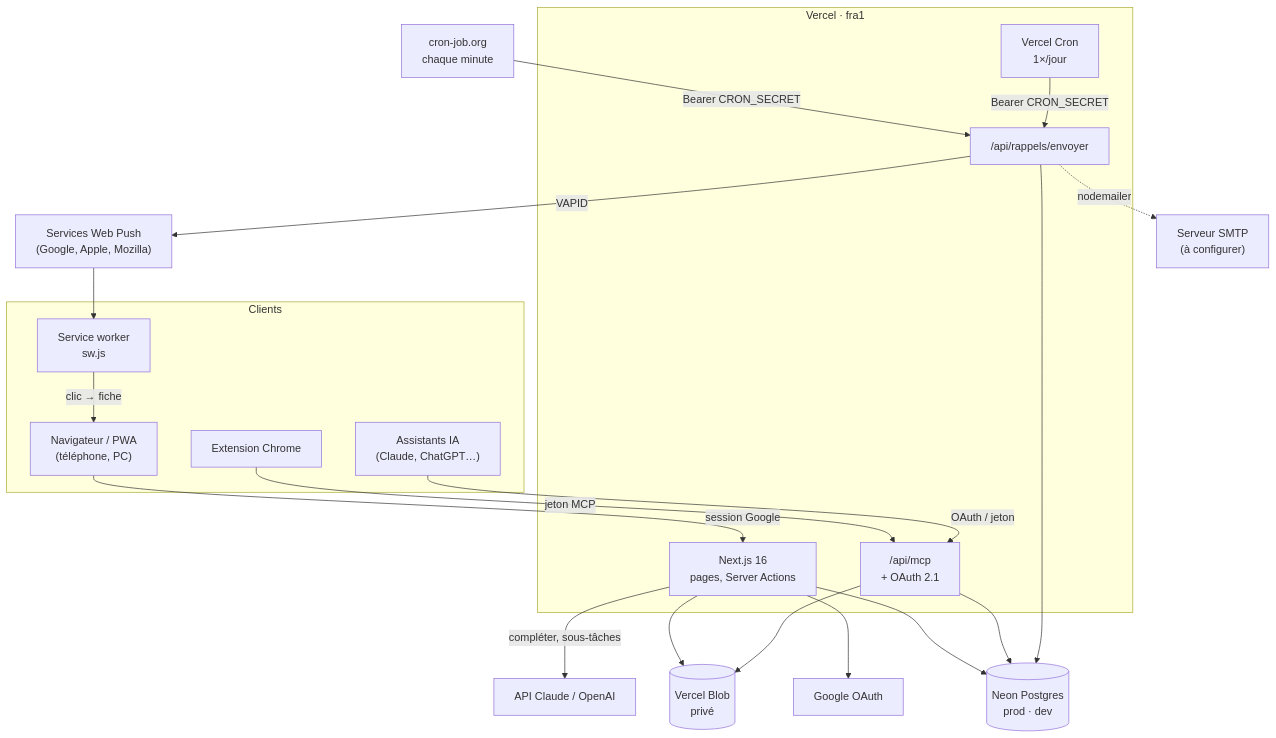
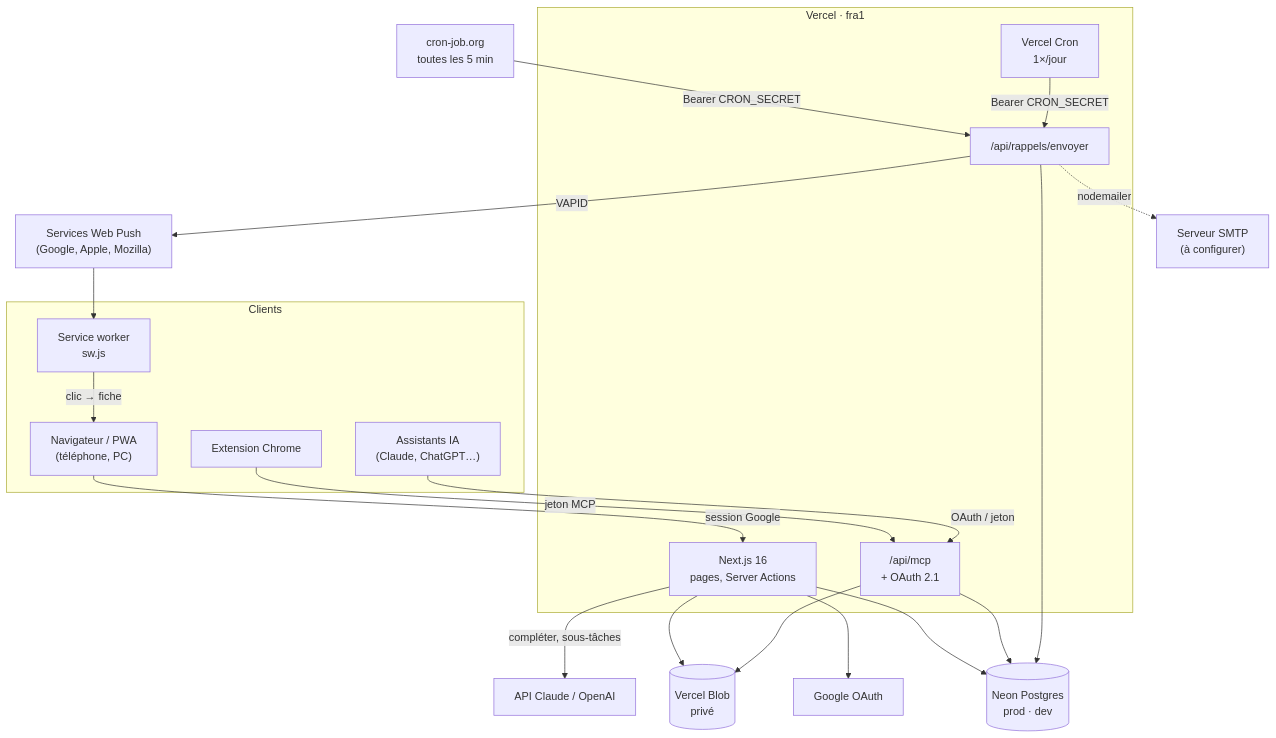
One commit to ippous/todo-objets changed the diagram in docs/architecture.md. Above: the diagram before and after it, drawn with Mermaid. The commit also changed other lines of this file and 1 other file, not shown here.

Commit message:
Doc : cron-job.org toutes les 5 minutes, conséquences sur les rappels M
Claude-Session: https://claude.ai/code/session_01R4an1H5wwy2GwBbNEaUS7T

````diff
--- a/docs/architecture.md
+++ b/docs/architecture.md
@@ -20,41 +20,41 @@
 ```mermaid
 flowchart TB
   subgraph Clients
     nav["Navigateur / PWA<br/>(téléphone, PC)"]
     sw["Service worker<br/>sw.js"]
     ext["Extension Chrome"]
     ia["Assistants IA<br/>(Claude, ChatGPT…)"]
   end
 
   subgraph Vercel["Vercel · fra1"]
     app["Next.js 16<br/>pages, Server Actions"]
     mcp["/api/mcp<br/>+ OAuth 2.1"]
     rap["/api/rappels/envoyer"]
     vcron["Vercel Cron<br/>1×/jour"]
   end
 
-  cronjob["cron-job.org<br/>chaque minute"]
+  cronjob["cron-job.org<br/>toutes les 5 min"]
   neon[("Neon Postgres<br/>prod · dev")]
   blob[("Vercel Blob<br/>privé")]
   google["Google OAuth"]
   llm["API Claude / OpenAI"]
   push["Services Web Push<br/>(Google, Apple, Mozilla)"]
   smtp["Serveur SMTP<br/>(à configurer)"]
 
   nav -->|session Google| app
   app --> google
   ext -->|jeton MCP| mcp
   ia -->|OAuth / jeton| mcp
   app --> neon
   mcp --> neon
   app --> blob
   mcp --> blob
   app -->|compléter, sous-tâches| llm
   cronjob -->|Bearer CRON_SECRET| rap
   vcron -->|Bearer CRON_SECRET| rap
   rap --> neon
   rap -->|VAPID| push
   push --> sw
   sw -->|clic → fiche| nav
   rap -.->|nodemailer| smtp
 ```
````
